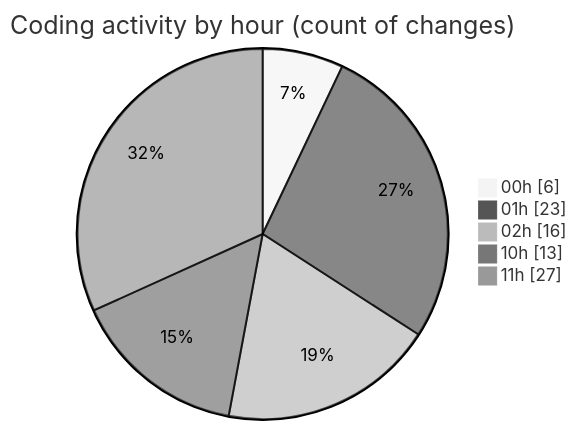
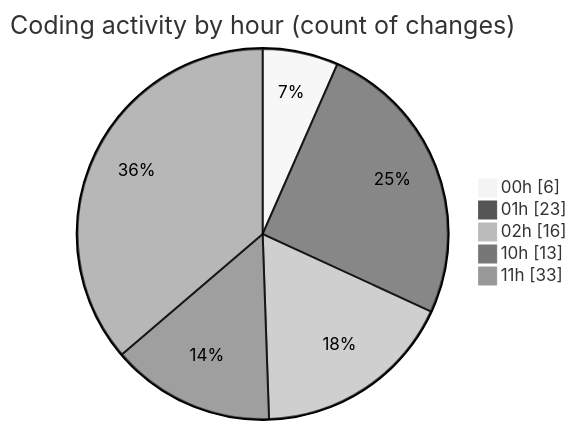
One commit to julien-gomy/code-tracking changed the second of 2 diagrams in 2025-11-08/eventscop-frontend-guide__workspace_/README.md. Above: the diagram before and after it, drawn with Mermaid (neutral theme). The commit also changed other lines of this file and 1 other file, not shown here.

````diff
--- a/2025-11-08/eventscop-frontend-guide__workspace_/README.md
+++ b/2025-11-08/eventscop-frontend-guide__workspace_/README.md
@@ -52,9 +52,9 @@
 ```mermaid
 pie showData
 title Coding activity by hour (count of changes)
 "00h" : 6
 "01h" : 23
 "02h" : 16
 "10h" : 13
-"11h" : 27
+"11h" : 33
 ```
````
